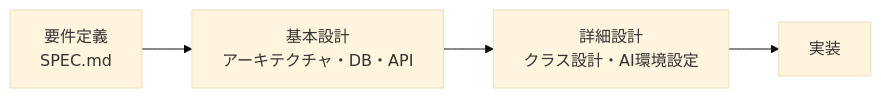
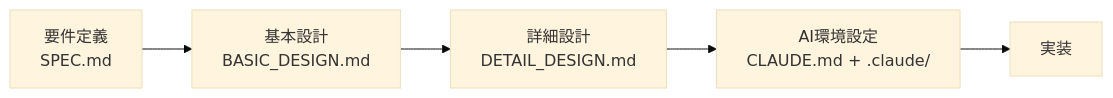
One commit to takuma39/ai changed diagram 23 of 38 in AI駆動開発.md. Above: the diagram before and after it, drawn with Mermaid (base theme). The commit also changed other lines of this file, not shown here.

````diff
--- a/AI駆動開発.md
+++ b/AI駆動開発.md
@@ -1051,6 +1135,7 @@
 ```mermaid
 flowchart LR
-    A["要件定義<br/>SPEC.md"] --> B["基本設計<br/>アーキテクチャ・DB・API"]
-    B --> C["詳細設計<br/>クラス設計・AI環境設定"]
-    C --> D["実装"]
+    A["要件定義<br/>SPEC.md"] --> B["基本設計<br/>BASIC_DESIGN.md"]
+    B --> C["詳細設計<br/>DETAIL_DESIGN.md"]
+    C --> E["AI環境設定<br/>CLAUDE.md + .claude/"]
+    E --> D["実装"]
 ```
````
